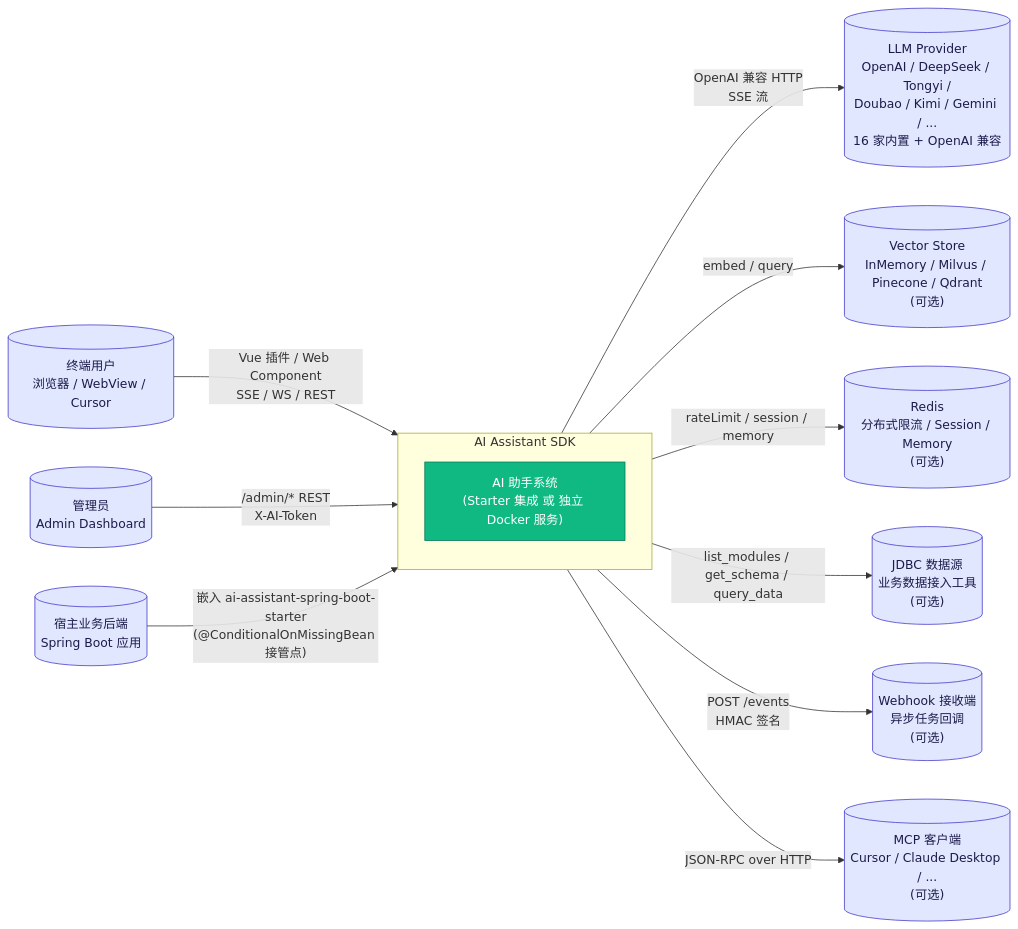
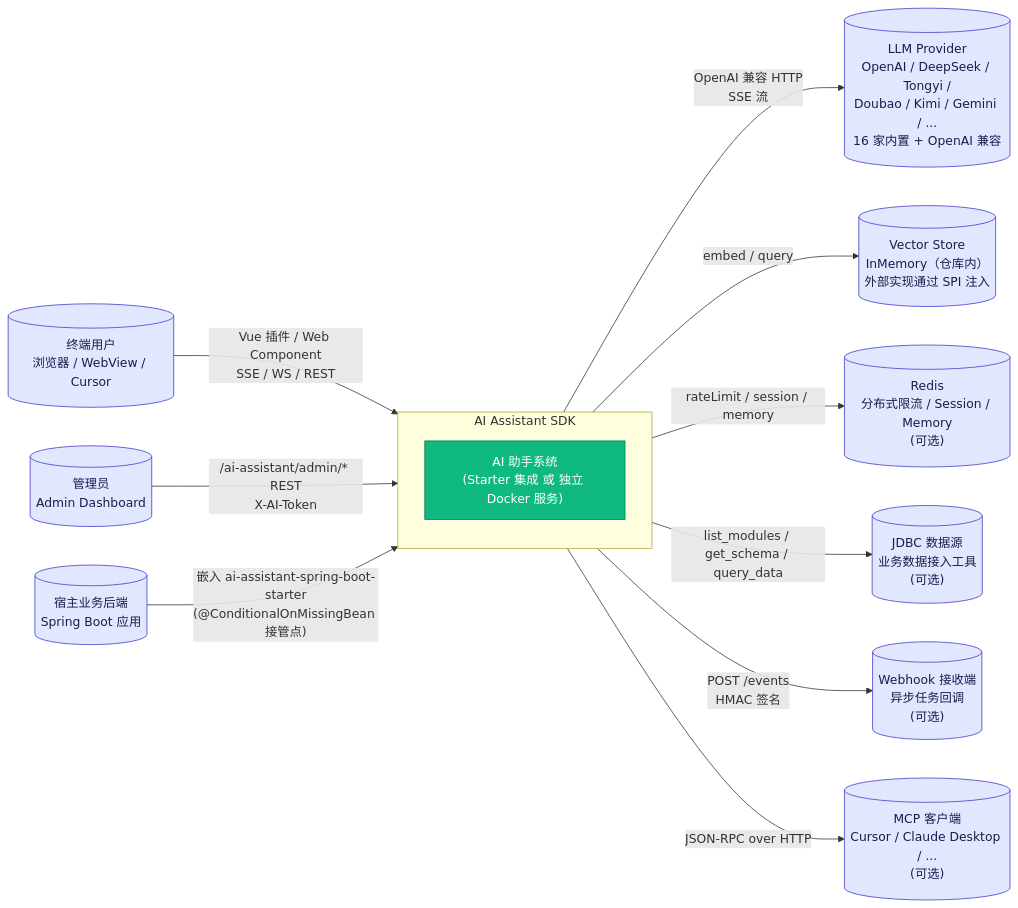
The first of 4 diagrams in docs/guide/architecture.md (Hou-mingyuan/ai-assistant-sdk), drawn with Mermaid before and after one commit. The commit also changed other lines of this file and 211 other files, not shown here.

````diff
--- a/docs/guide/architecture.md
+++ b/docs/guide/architecture.md
@@ -15,34 +15,34 @@
 ```mermaid
 flowchart LR
     user[("终端用户<br/>浏览器 / WebView / Cursor")]
     admin[("管理员<br/>Admin Dashboard")]
     host[("宿主业务后端<br/>Spring Boot 应用")]
 
     subgraph aiassistant ["AI Assistant SDK"]
         direction TB
         ai["AI 助手系统<br/>(Starter 集成 或 独立 Docker 服务)"]
     end
 
     llm[("LLM Provider<br/>OpenAI / DeepSeek / Tongyi /<br/>Doubao / Kimi / Gemini / ...<br/>16 家内置 + OpenAI 兼容")]
-    vector[("Vector Store<br/>InMemory / Milvus / Pinecone / Qdrant<br/>(可选)")]
+    vector[("Vector Store<br/>InMemory（仓库内）<br/>外部实现通过 SPI 注入")]
     redis[("Redis<br/>分布式限流 / Session / Memory<br/>(可选)")]
     jdbc[("JDBC 数据源<br/>业务数据接入工具<br/>(可选)")]
     webhook[("Webhook 接收端<br/>异步任务回调<br/>(可选)")]
     mcpclient[("MCP 客户端<br/>Cursor / Claude Desktop / ...<br/>(可选)")]
 
     user -- "Vue 插件 / Web Component<br/>SSE / WS / REST" --> ai
-    admin -- "/admin/* REST<br/>X-AI-Token" --> ai
+    admin -- "/ai-assistant/admin/* REST<br/>X-AI-Token" --> ai
     host -- "嵌入 ai-assistant-spring-boot-starter<br/>(@ConditionalOnMissingBean 接管点)" --> ai
 
     ai -- "OpenAI 兼容 HTTP<br/>SSE 流" --> llm
     ai -- "embed / query" --> vector
     ai -- "rateLimit / session / memory" --> redis
     ai -- "list_modules / get_schema / query_data" --> jdbc
     ai -- "POST /events<br/>HMAC 签名" --> webhook
     ai -- "JSON-RPC over HTTP" --> mcpclient
 
     classDef external fill:#e0e7ff,stroke:#4338ca,color:#1e1b4b
     classDef system fill:#10b981,stroke:#047857,color:#fff
     class user,admin,host,llm,vector,redis,jdbc,webhook,mcpclient external
     class ai system
 ```
````
